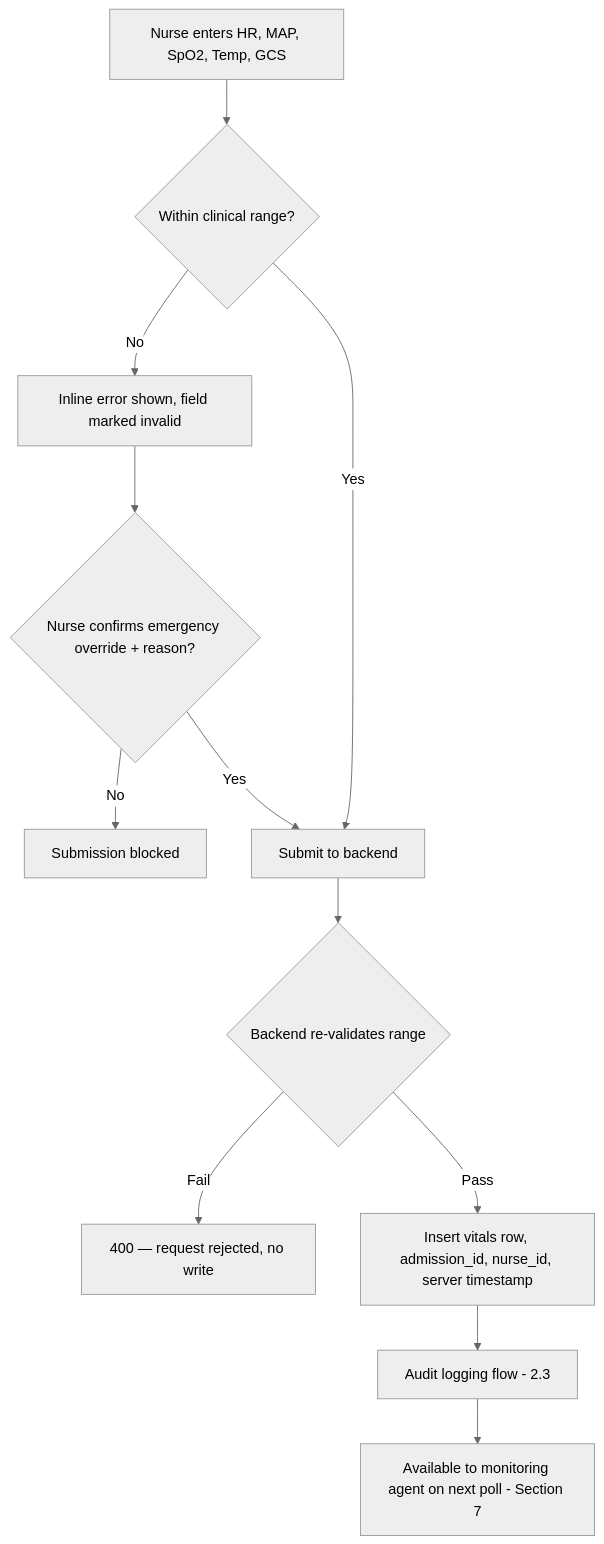
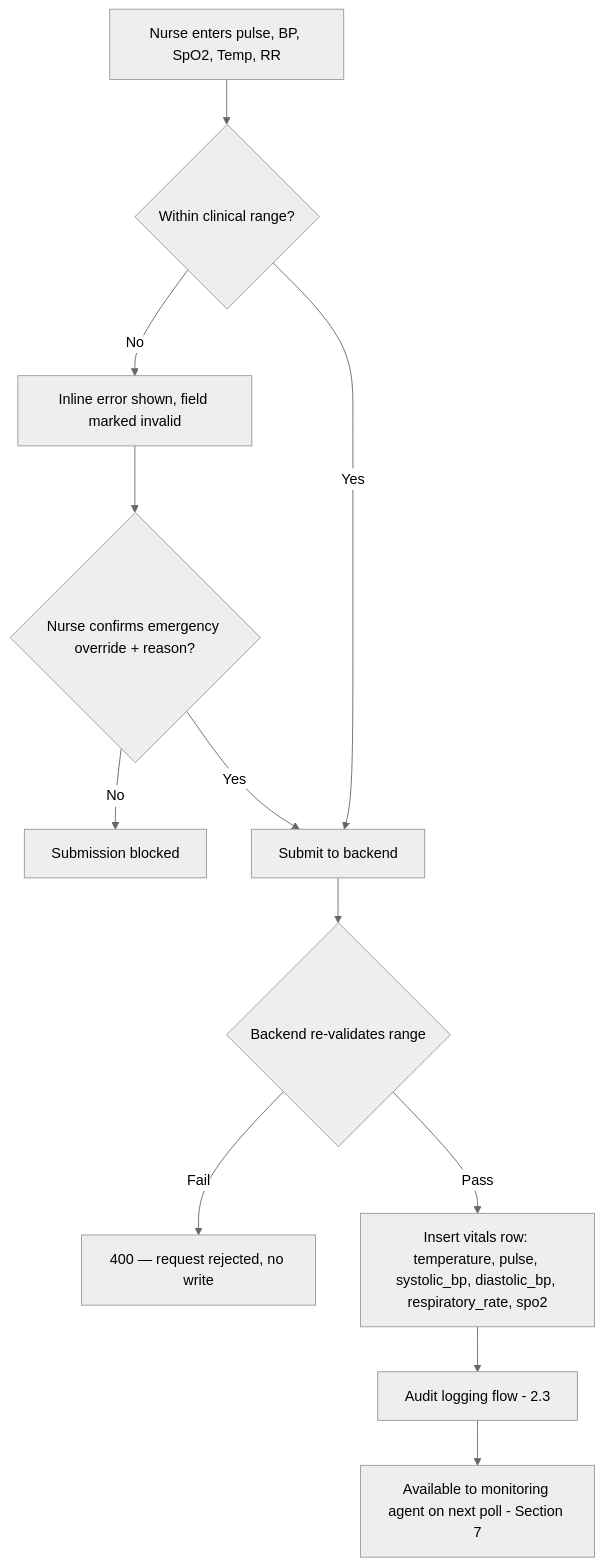
Before and after one commit to ITI-OS-Team-2026/ICU-Management-Project: the seventh of 16 diagrams in docs/System-Flows.md, drawn with Mermaid (neutral theme). The commit also changed other lines of this file and 9 other files, not shown here.

````diff
--- a/docs/System-Flows.md
+++ b/docs/System-Flows.md
@@ -199,14 +201,14 @@
 ```mermaid
 flowchart TD
-    Enter[Nurse enters HR, MAP, SpO2, Temp, GCS] --> ClientCheck{Within clinical range?}
+    Enter[Nurse enters pulse, BP, SpO2, Temp, RR] --> ClientCheck{Within clinical range?}
     ClientCheck -- No --> ShowError[Inline error shown, field marked invalid]
     ShowError --> Override{Nurse confirms emergency override + reason?}
     Override -- No --> Blocked[Submission blocked]
     Override -- Yes --> Submit
     ClientCheck -- Yes --> Submit[Submit to backend]
     Submit --> ServerCheck{Backend re-validates range}
     ServerCheck -- Fail --> Reject[400 — request rejected, no write]
-    ServerCheck -- Pass --> Write[Insert vitals row, admission_id, nurse_id, server timestamp]
+    ServerCheck -- Pass --> Write[Insert vitals row: temperature, pulse, systolic_bp, diastolic_bp, respiratory_rate, spo2]
     Write --> Audit[Audit logging flow - 2.3]
     Audit --> AgentTrigger[Available to monitoring agent on next poll - Section 7]
 ```
````
